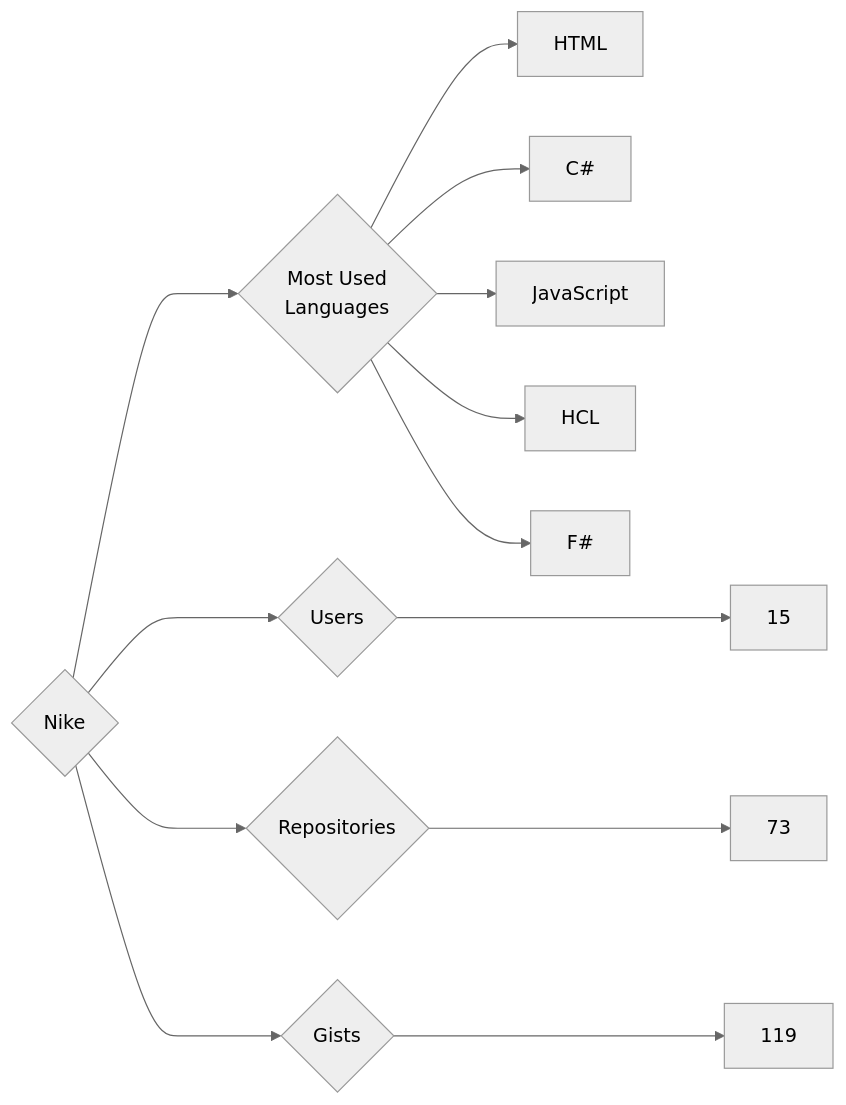
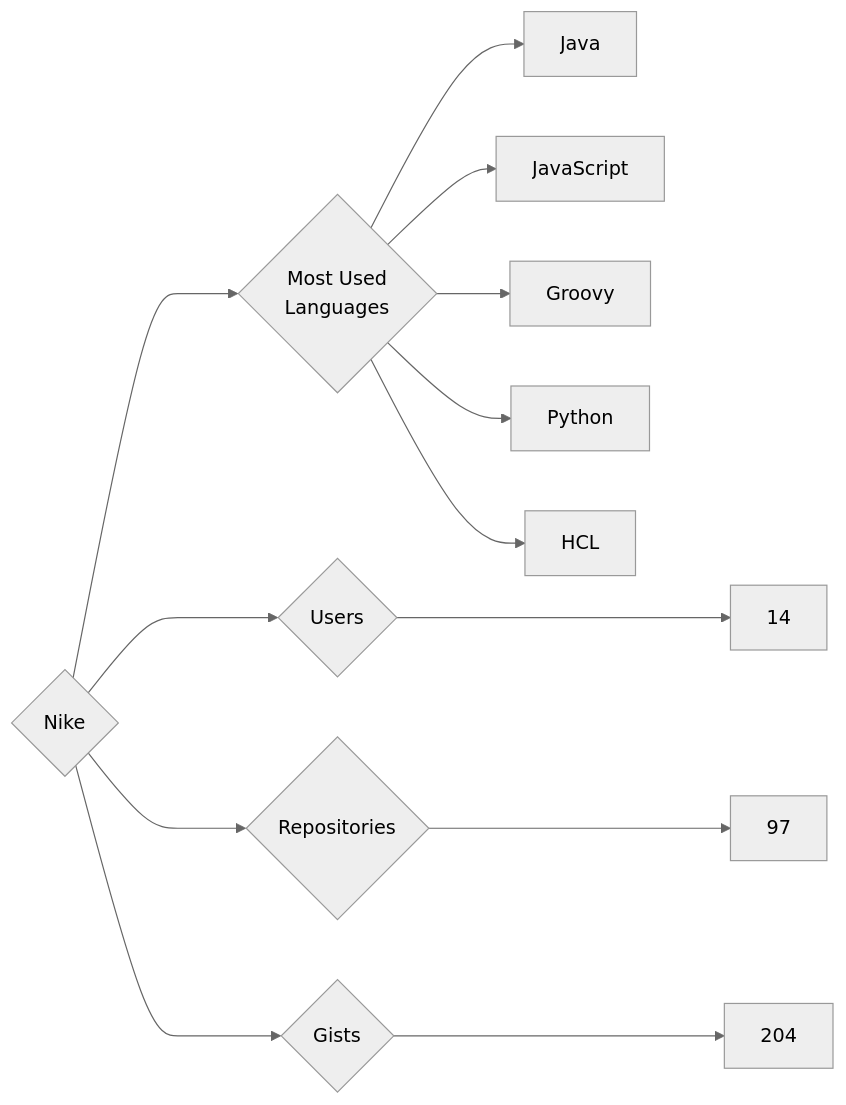
Before and after one commit to trickest/insiders: the diagram in targets/Nike/README.md, drawn with Mermaid (neutral theme). The commit also changed 955 other files, not shown here.

````diff
--- a/targets/Nike/README.md
+++ b/targets/Nike/README.md
@@ -3,13 +3,13 @@
 ```mermaid
 graph LR
 COMPANY_NAME{Nike}
-COMPANY_NAME ---> U{Users} ---> UN[15]
-COMPANY_NAME ---> R{Repositories} ---> RN[73]
-COMPANY_NAME ---> G{Gists} ---> GN[119]
+COMPANY_NAME ---> U{Users} ---> UN[14]
+COMPANY_NAME ---> R{Repositories} ---> RN[97]
+COMPANY_NAME ---> G{Gists} ---> GN[204]
 COMPANY_NAME ---> ML{Most Used<br>Languages}
-ML --> HTML[HTML]
-ML --> C#[C#]
+ML --> Java[Java]
 ML --> JavaScript[JavaScript]
+ML --> Groovy[Groovy]
+ML --> Python[Python]
 ML --> HCL[HCL]
-ML --> F#[F#]
 ```
````
